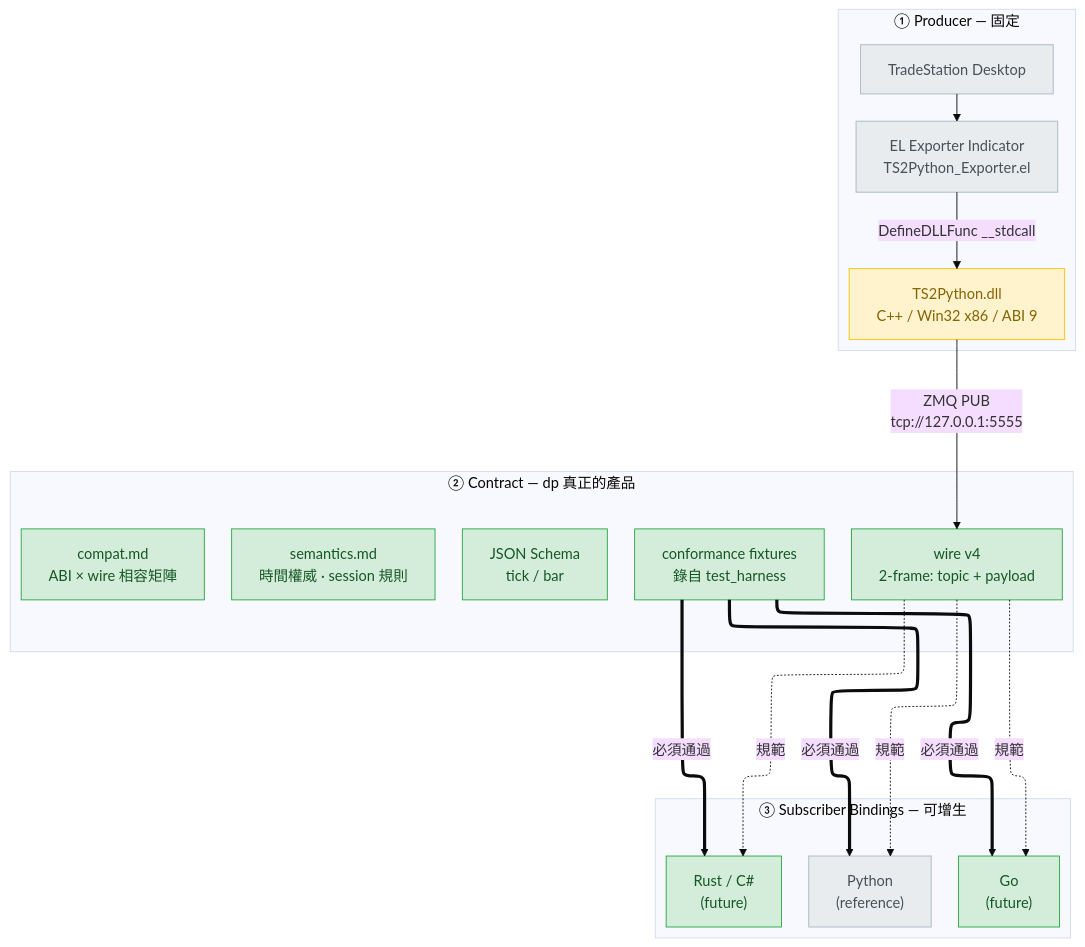
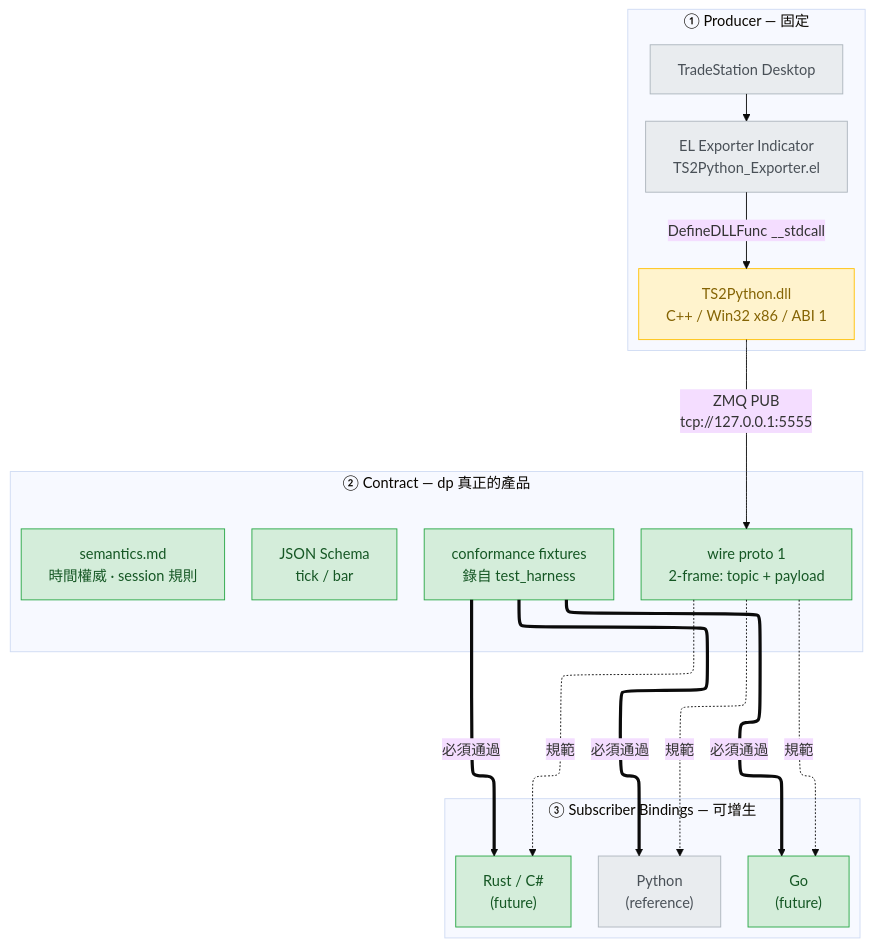
The first of 4 diagrams in docs/architecture.md (millerlai/tradestation-data-provider), drawn with Mermaid (base theme) before and after one commit. The commit also changed other lines of this file and 14 other files, not shown here.

````diff
--- a/docs/architecture.md
+++ b/docs/architecture.md
@@ -42,47 +42,46 @@
 ```mermaid
 ---
 config:
   flowchart:
     defaultRenderer: elk
 ---
 flowchart TB
     subgraph PROD["① Producer — 固定"]
         direction TB
         TS["TradeStation Desktop"]
         EL["EL Exporter Indicator<br/>TS2Python_Exporter.el"]
-        DLL["TS2Python.dll<br/>C++ / Win32 x86 / ABI 9"]
+        DLL["TS2Python.dll<br/>C++ / Win32 x86 / ABI 1"]
         TS --> EL
         EL -->|"DefineDLLFunc __stdcall"| DLL
     end
 
     subgraph CON["② Contract — dp 真正的產品"]
         direction TB
-        WIRE["wire v4<br/>2-frame: topic + payload"]
+        WIRE["wire proto 1<br/>2-frame: topic + payload"]
         SCHEMA["JSON Schema<br/>tick / bar"]
         SEM["semantics.md<br/>時間權威 · session 規則"]
         FIX["conformance fixtures<br/>錄自 test_harness"]
-        COMPAT["compat.md<br/>ABI × wire 相容矩陣"]
     end
 
     subgraph BIND["③ Subscriber Bindings — 可增生"]
         direction LR
         PY["Python<br/>(reference)"]
         GO["Go<br/>(future)"]
         RS["Rust / C#<br/>(future)"]
     end
 
     DLL -->|"ZMQ PUB<br/>tcp://127.0.0.1:5555"| WIRE
     WIRE -.->|規範| PY
     WIRE -.->|規範| GO
     WIRE -.->|規範| RS
     FIX ==>|必須通過| PY
     FIX ==>|必須通過| GO
     FIX ==>|必須通過| RS
 
     classDef existing fill:#e9ecef,stroke:#adb5bd,color:#495057
     classDef added fill:#d4edda,stroke:#28a745,color:#155724
     classDef modified fill:#fff3cd,stroke:#ffc107,color:#856404
     class TS,EL,PY existing
     class DLL modified
-    class WIRE,SCHEMA,SEM,FIX,COMPAT,GO,RS added
+    class WIRE,SCHEMA,SEM,FIX,GO,RS added
 ```
````
